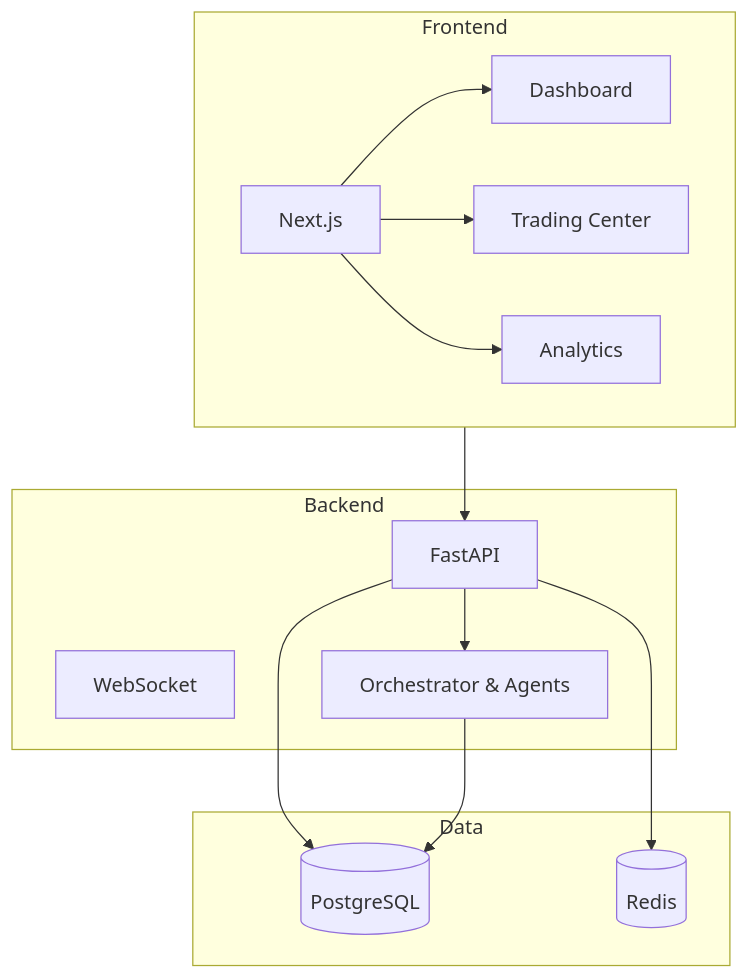
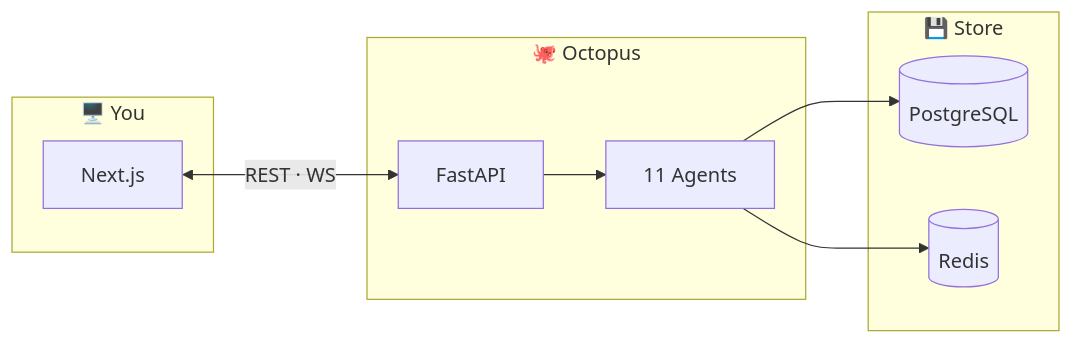
Before and after one commit to massoudsh/Findash: the diagram in README.md, drawn with Mermaid. The commit also changed other lines of this file and 87 other files, not shown here.

First line of the commit message:
v0.3.0: Command Center, sidebar merges, README diagram, build fixes

````diff
--- a/README.md
+++ b/README.md
@@ -26,25 +26,21 @@
 ```mermaid
-graph TB
-    subgraph UI["Frontend"]
-        F[Next.js]
-        F --> D[Dashboard]
-        F --> T[Trading Center]
-        F --> A[Analytics]
+flowchart LR
+    subgraph You["🖥️ You"]
+        UI[Next.js]
     end
-    
-    subgraph Backend["Backend"]
+
+    subgraph Octopus["🐙 Octopus"]
         API[FastAPI]
-        WS[WebSocket]
-        API --> M[Orchestrator & Agents]
+        Agents[11 Agents]
+        API --> Agents
     end
-    
-    subgraph Data["Data"]
-        PG[(PostgreSQL)]
-        R[(Redis)]
+
+    subgraph Store["💾 Store"]
+        DB[(PostgreSQL)]
+        Cache[(Redis)]
     end
-    
-    UI --> API
-    API --> PG
-    API --> R
-    M --> PG
+
+    UI <-->|REST · WS| API
+    Agents --> DB
+    Agents --> Cache
 ```
````
